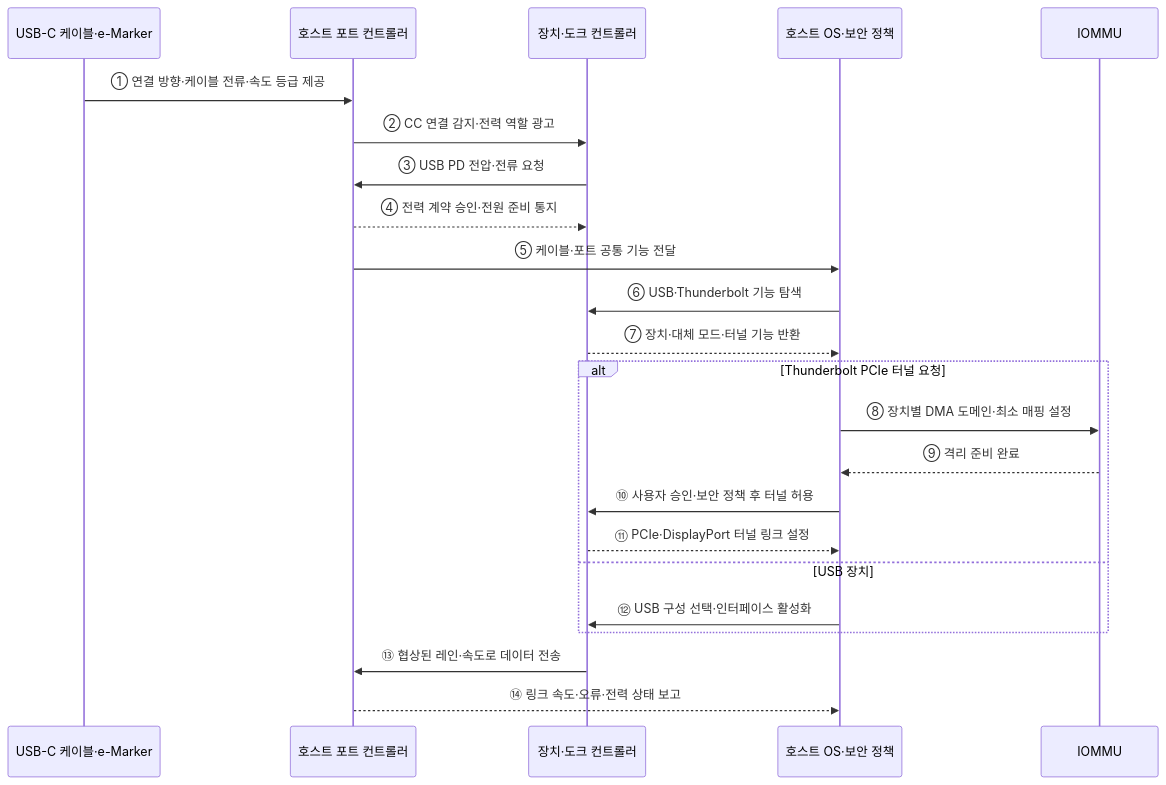
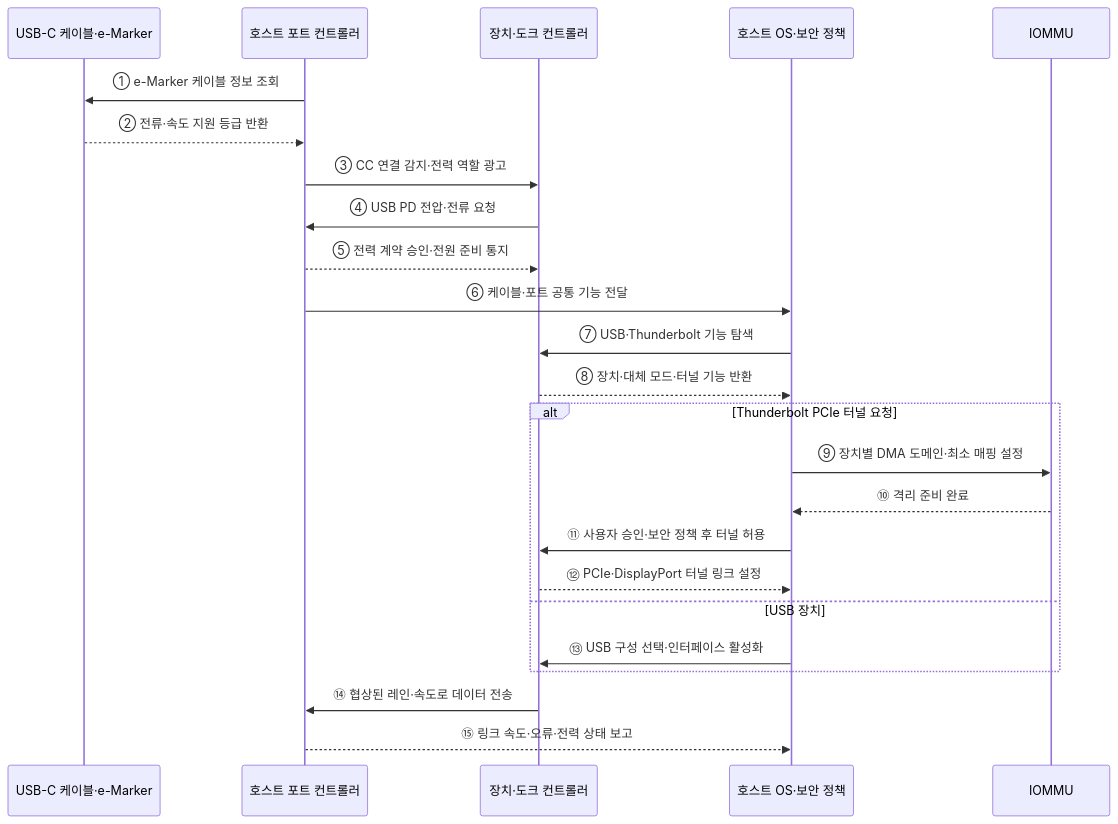
One commit to agnusdei1207/knowledge-base changed the second of 2 diagrams in src/content/docs/notes/02-hardware/088_high_speed_serial_interface.md. Above: the diagram before and after it, drawn with Mermaid. The commit also changed other lines of this file and 14 other files, not shown here.

````diff
--- a/src/content/docs/notes/02-hardware/088_high_speed_serial_interface.md
+++ b/src/content/docs/notes/02-hardware/088_high_speed_serial_interface.md
@@ -85,26 +79,27 @@
 ```mermaid
 sequenceDiagram
     participant C as USB-C 케이블·e-Marker
     participant H as 호스트 포트 컨트롤러
     participant D as 장치·도크 컨트롤러
     participant O as 호스트 OS·보안 정책
     participant I as IOMMU
 
-    C->>H: ① 연결 방향·케이블 전류·속도 등급 제공
-    H->>D: ② CC 연결 감지·전력 역할 광고
-    D->>H: ③ USB PD 전압·전류 요청
-    H-->>D: ④ 전력 계약 승인·전원 준비 통지
-    H->>O: ⑤ 케이블·포트 공통 기능 전달
-    O->>D: ⑥ USB·Thunderbolt 기능 탐색
-    D-->>O: ⑦ 장치·대체 모드·터널 기능 반환
+    H->>C: ① e-Marker 케이블 정보 조회
+    C-->>H: ② 전류·속도 지원 등급 반환
+    H->>D: ③ CC 연결 감지·전력 역할 광고
+    D->>H: ④ USB PD 전압·전류 요청
+    H-->>D: ⑤ 전력 계약 승인·전원 준비 통지
+    H->>O: ⑥ 케이블·포트 공통 기능 전달
+    O->>D: ⑦ USB·Thunderbolt 기능 탐색
+    D-->>O: ⑧ 장치·대체 모드·터널 기능 반환
     alt Thunderbolt PCIe 터널 요청
-        O->>I: ⑧ 장치별 DMA 도메인·최소 매핑 설정
-        I-->>O: ⑨ 격리 준비 완료
-        O->>D: ⑩ 사용자 승인·보안 정책 후 터널 허용
-        D-->>O: ⑪ PCIe·DisplayPort 터널 링크 설정
+        O->>I: ⑨ 장치별 DMA 도메인·최소 매핑 설정
+        I-->>O: ⑩ 격리 준비 완료
+        O->>D: ⑪ 사용자 승인·보안 정책 후 터널 허용
+        D-->>O: ⑫ PCIe·DisplayPort 터널 링크 설정
     else USB 장치
-        O->>D: ⑫ USB 구성 선택·인터페이스 활성화
+        O->>D: ⑬ USB 구성 선택·인터페이스 활성화
     end
-    D->>H: ⑬ 협상된 레인·속도로 데이터 전송
-    H-->>O: ⑭ 링크 속도·오류·전력 상태 보고
+    D->>H: ⑭ 협상된 레인·속도로 데이터 전송
+    H-->>O: ⑮ 링크 속도·오류·전력 상태 보고
 ```
````
